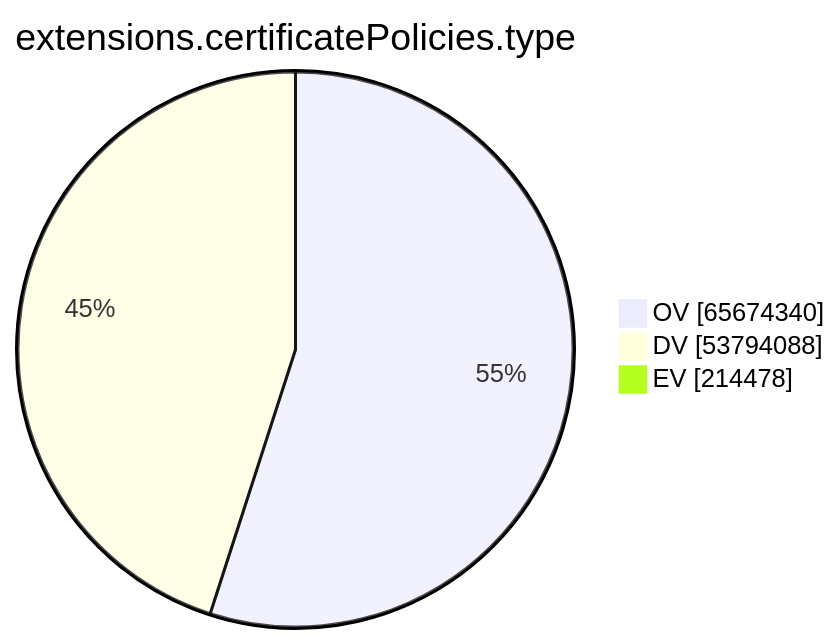
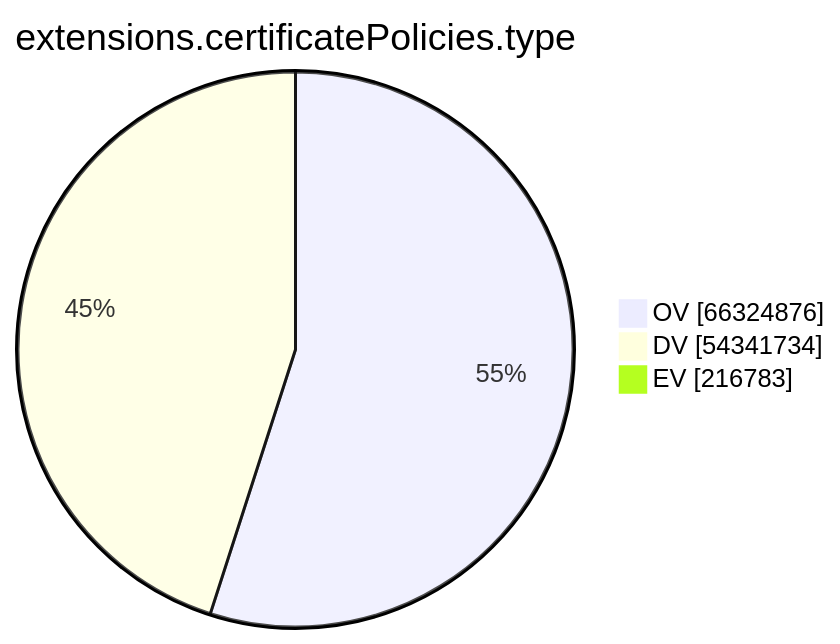
Before and after one commit to christiankrug/ctmonitor_visualization: the ninth of 15 diagrams in argon2023/README.md, drawn with Mermaid. The commit also changed other lines of this file, not shown here.

````diff
--- a/argon2023/README.md
+++ b/argon2023/README.md
@@ -2163,7 +2168,7 @@
 ```mermaid
 pie showData
 title extensions.certificatePolicies.type
-"OV" :65674340
-"DV" :53794088
-"EV" :214478
+"OV" :66324876
+"DV" :54341734
+"EV" :216783
 ```
````
